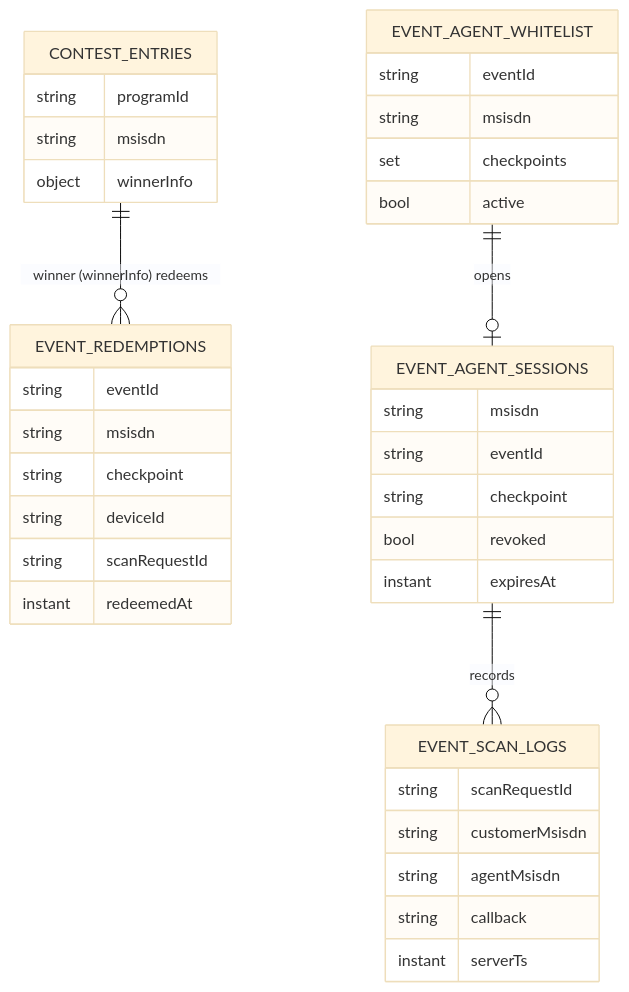
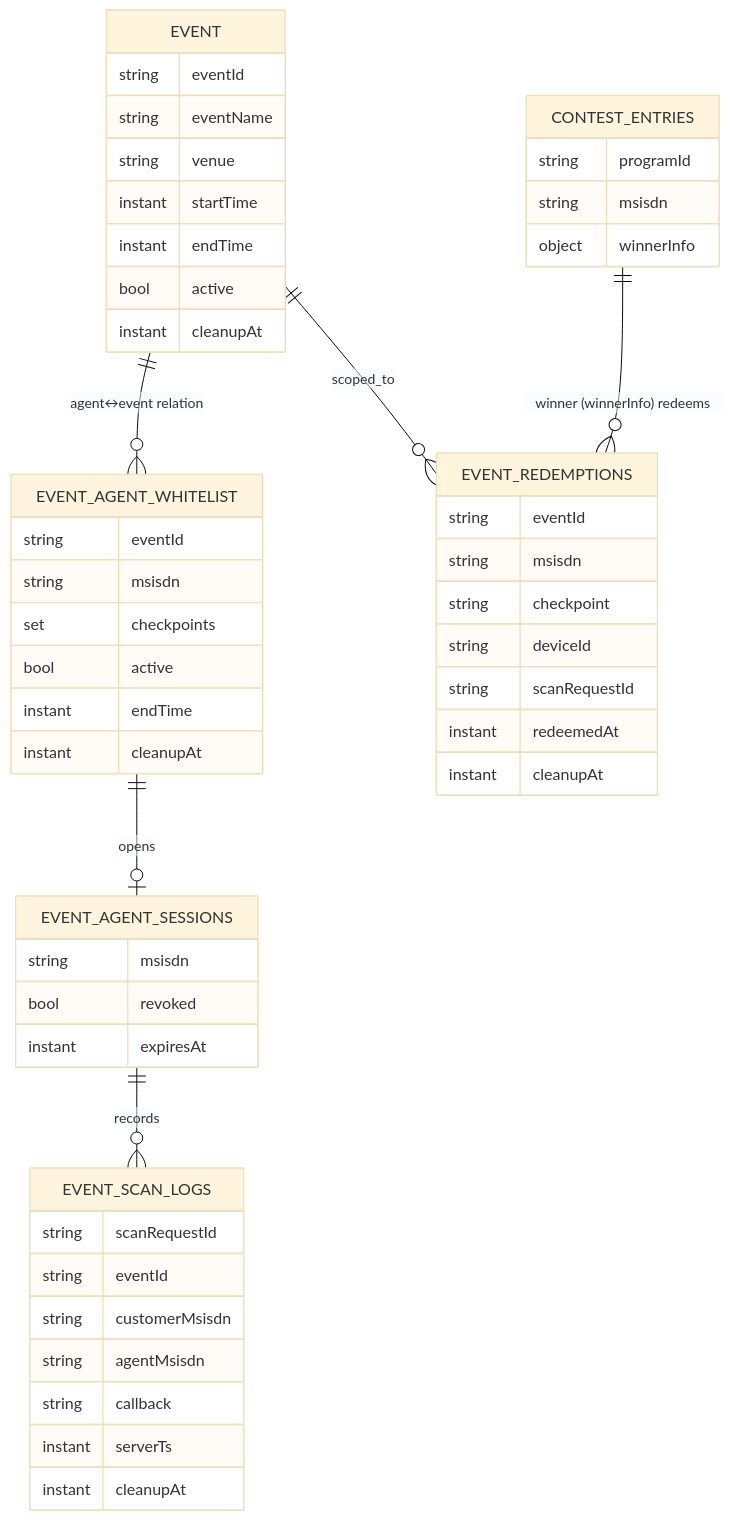
Before and after one commit to Amitpawar503/lazzy: the second of 7 diagrams in docs/digital-membership/LLD-EventPass.md, drawn with Mermaid (base theme). The commit also changed other lines of this file and 19 other files, not shown here.

````diff
--- a/docs/digital-membership/LLD-EventPass.md
+++ b/docs/digital-membership/LLD-EventPass.md
@@ -126,11 +126,14 @@
 ```mermaid
 erDiagram
+  EVENT ||--o{ EVENT_AGENT_WHITELIST : "agent↔event relation"
+  EVENT ||--o{ EVENT_REDEMPTIONS : scoped_to
   CONTEST_ENTRIES ||--o{ EVENT_REDEMPTIONS : "winner (winnerInfo) redeems"
   EVENT_AGENT_WHITELIST ||--o| EVENT_AGENT_SESSIONS : opens
   EVENT_AGENT_SESSIONS ||--o{ EVENT_SCAN_LOGS : records
-  EVENT_REDEMPTIONS { string eventId  string msisdn  string checkpoint  string deviceId  string scanRequestId  instant redeemedAt }
-  EVENT_AGENT_WHITELIST { string eventId  string msisdn  set checkpoints  bool active }
-  EVENT_AGENT_SESSIONS { string msisdn  string eventId  string checkpoint  bool revoked  instant expiresAt }
-  EVENT_SCAN_LOGS { string scanRequestId  string customerMsisdn  string agentMsisdn  string callback  instant serverTs }
+  EVENT { string eventId  string eventName  string venue  instant startTime  instant endTime  bool active  instant cleanupAt }
+  EVENT_REDEMPTIONS { string eventId  string msisdn  string checkpoint  string deviceId  string scanRequestId  instant redeemedAt  instant cleanupAt }
+  EVENT_AGENT_WHITELIST { string eventId  string msisdn  set checkpoints  bool active  instant endTime  instant cleanupAt }
+  EVENT_AGENT_SESSIONS { string msisdn  bool revoked  instant expiresAt }
+  EVENT_SCAN_LOGS { string scanRequestId  string eventId  string customerMsisdn  string agentMsisdn  string callback  instant serverTs  instant cleanupAt }
   CONTEST_ENTRIES { string programId  string msisdn  object winnerInfo }
 ```
````
